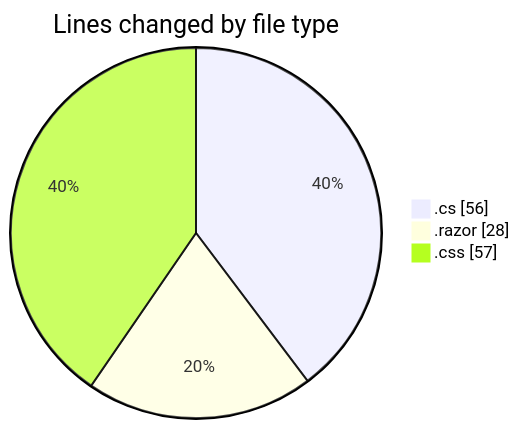
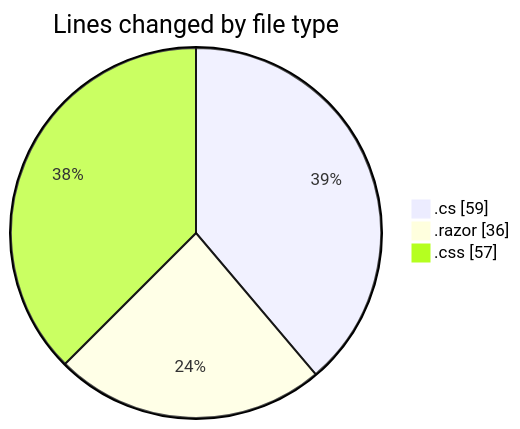
Before and after one commit to Netris89/code-tracking: the first of 2 diagrams in 2025-03-13/front-end/README.md, drawn with Mermaid. The commit also changed other lines of this file and 1 other file, not shown here.

````diff
--- a/2025-03-13/front-end/README.md
+++ b/2025-03-13/front-end/README.md
@@ -22,7 +22,7 @@
 ```mermaid
 pie showData
 title Lines changed by file type
-".cs" : 56
-".razor" : 28
+".cs" : 59
+".razor" : 36
 ".css" : 57
 ```
````
